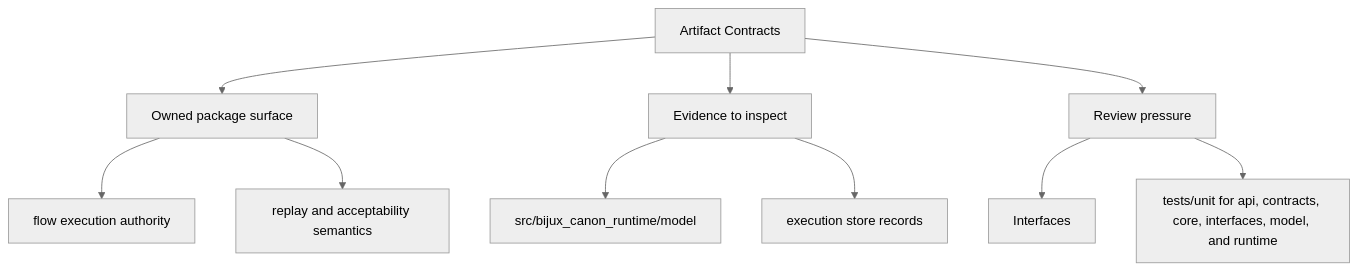
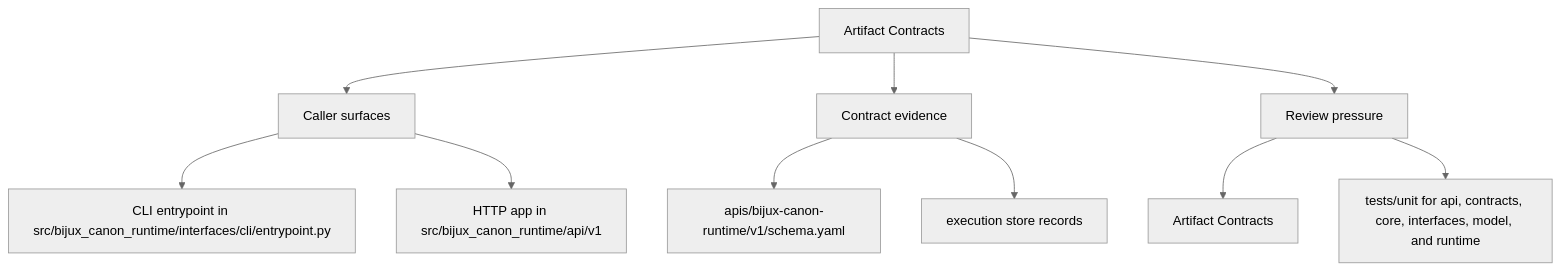
The second of 2 diagrams in docs/bijux-canon-runtime/interfaces/artifact-contracts.md (bijux/bijux-canon), drawn with Mermaid (neutral theme) before and after one commit. The commit also changed other lines of this file and 250 other files, not shown here.

Commit message:
docs(diagrams): make product page maps more readable

````diff
--- a/docs/bijux-canon-runtime/interfaces/artifact-contracts.md
+++ b/docs/bijux-canon-runtime/interfaces/artifact-contracts.md
@@ -35,22 +35,22 @@
 ```mermaid
 flowchart TD
     page["Artifact Contracts"]
-    focus1["Owned package surface"]
+    focus1["Caller surfaces"]
     page --> focus1
-    focus1_1["flow execution authority"]
+    focus1_1["CLI entrypoint in src/bijux_canon_runtime/interfaces/cli/entrypoint.py"]
     focus1 --> focus1_1
-    focus1_2["replay and acceptability semantics"]
+    focus1_2["HTTP app in src/bijux_canon_runtime/api/v1"]
     focus1 --> focus1_2
-    focus2["Evidence to inspect"]
+    focus2["Contract evidence"]
     page --> focus2
-    focus2_1["src/bijux_canon_runtime/model"]
+    focus2_1["apis/bijux-canon-runtime/v1/schema.yaml"]
     focus2 --> focus2_1
     focus2_2["execution store records"]
     focus2 --> focus2_2
     focus3["Review pressure"]
     page --> focus3
-    focus3_1["Interfaces"]
+    focus3_1["Artifact Contracts"]
     focus3 --> focus3_1
     focus3_2["tests/unit for api, contracts, core, interfaces, model, and runtime"]
     focus3 --> focus3_2
 ```
````
